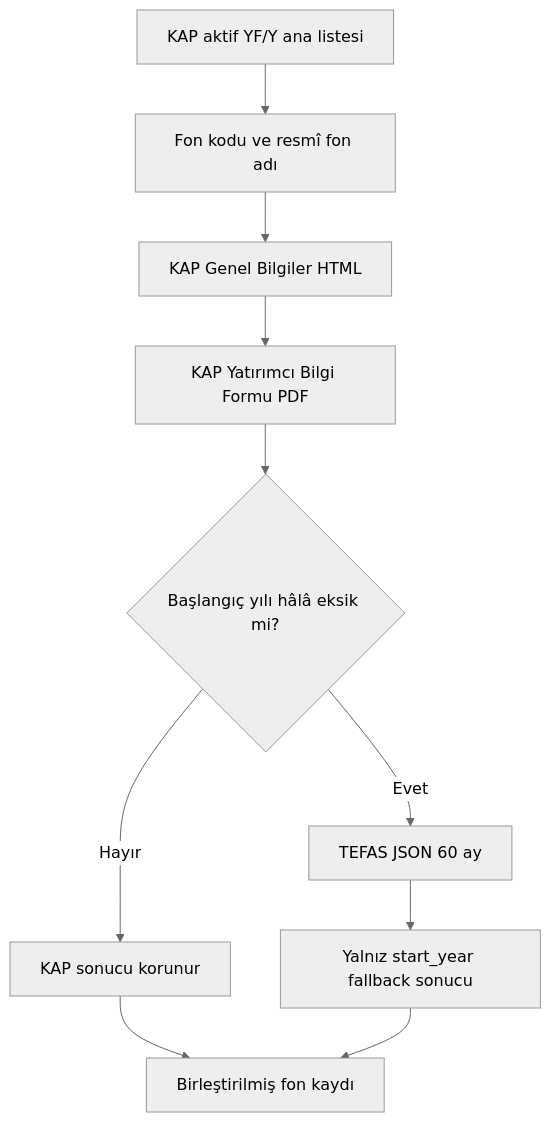
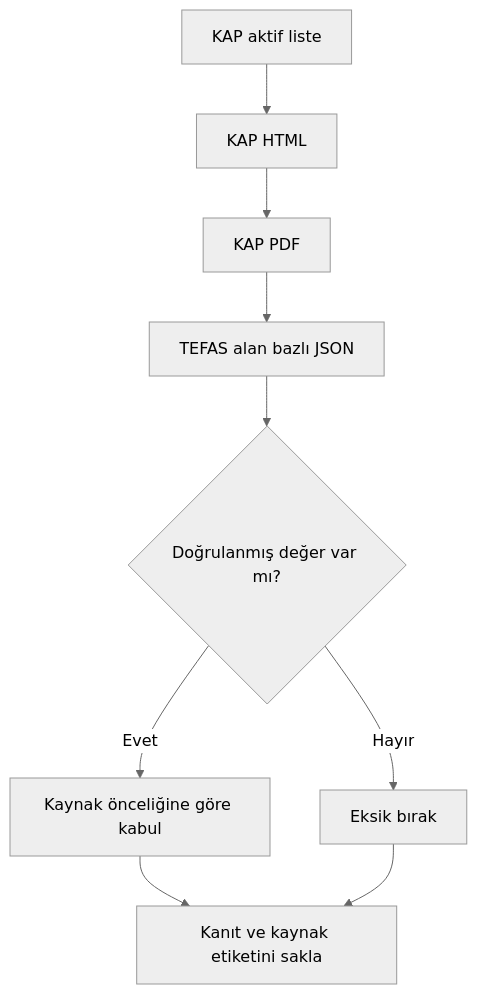
One commit to egemenkarabulut/PiyasaNabzi-KAP-YAT changed the third of 19 diagrams in README.md. Above: the diagram before and after it, drawn with Mermaid (neutral theme). The commit also changed other lines of this file and 8 other files, not shown here.

````diff
--- a/README.md
+++ b/README.md
@@ -95,12 +137,11 @@
 ```mermaid
 flowchart TD
-    A["KAP aktif YF/Y ana listesi"] --> B["Fon kodu ve resmî fon adı"]
-    B --> C["KAP Genel Bilgiler HTML"]
-    C --> D["KAP Yatırımcı Bilgi Formu PDF"]
-    D --> E{"Başlangıç yılı hâlâ eksik mi?"}
-    E -- "Evet" --> F["TEFAS JSON 60 ay"]
-    E -- "Hayır" --> G["KAP sonucu korunur"]
-    F --> H["Yalnız start_year fallback sonucu"]
-    G --> I["Birleştirilmiş fon kaydı"]
-    H --> I
+    A["KAP aktif liste"] --> B["KAP HTML"]
+    B --> C["KAP PDF"]
+    C --> D["TEFAS alan bazlı JSON"]
+    D --> E{"Doğrulanmış değer var mı?"}
+    E -- "Evet" --> F["Kaynak önceliğine göre kabul"]
+    E -- "Hayır" --> G["Eksik bırak"]
+    F --> H["Kanıt ve kaynak etiketini sakla"]
+    G --> H
 ```
````
